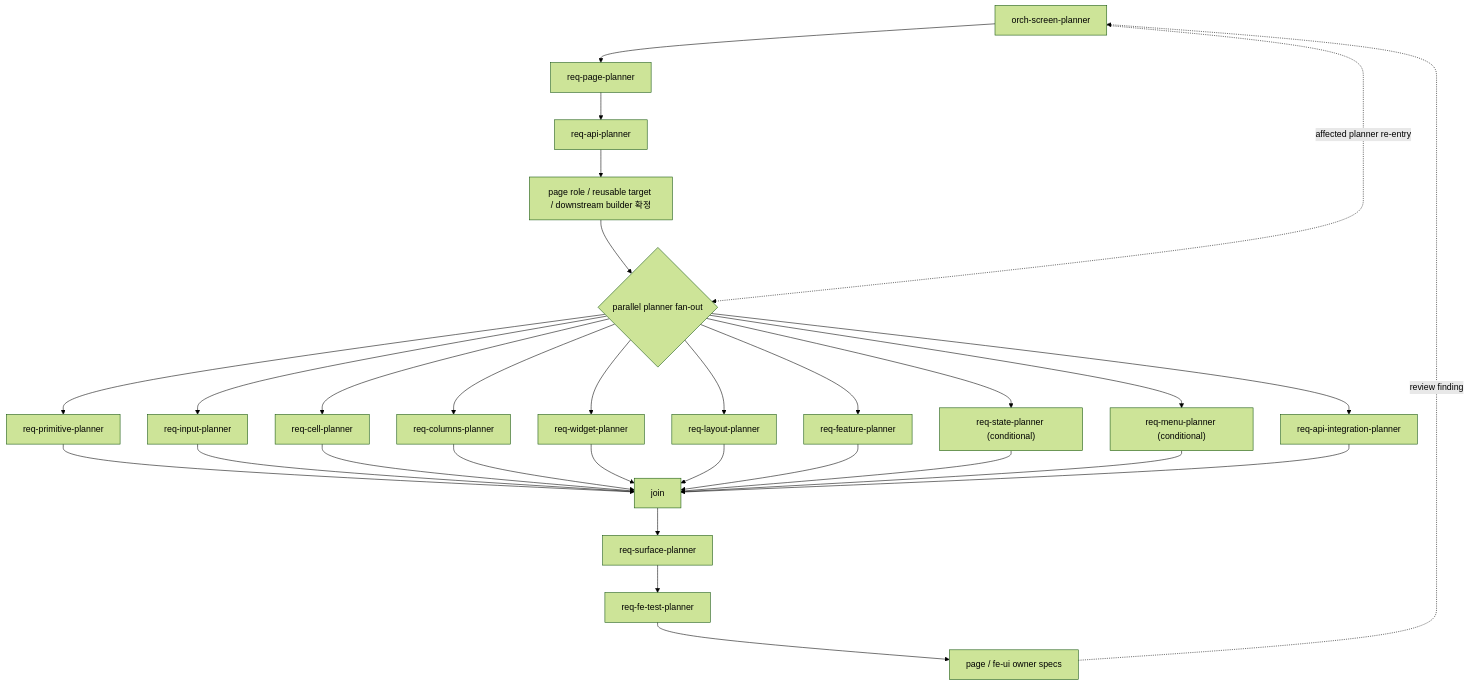
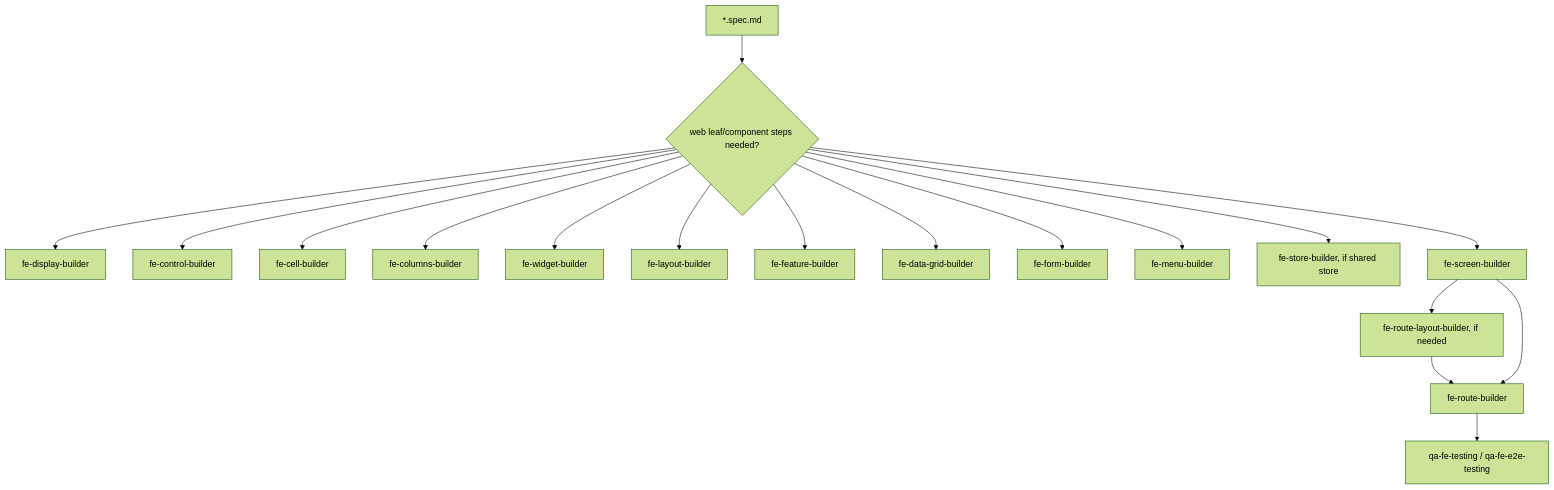
One commit to kimjoongwon/prj-core changed the fourth of 5 diagrams in docs/orchestration-agent-relationship-flow.md. Above: the diagram before and after it, drawn with Mermaid (forest theme). The commit also changed other lines of this file and 687 other files, not shown here.

````diff
--- a/docs/orchestration-agent-relationship-flow.md
+++ b/docs/orchestration-agent-relationship-flow.md
@@ -369,35 +168,20 @@
 ```mermaid
 flowchart TD
-  OSP["orch-screen-planner"] --> RPP["req-page-planner"]
-  RPP --> RAP["req-api-planner"]
-  RAP --> CLASSIFY["page role / reusable target / downstream builder 확정"]
-  CLASSIFY --> F{"parallel planner fan-out"}
-
-  F --> RPR["req-primitive-planner"]
-  F --> RIN["req-input-planner"]
-  F --> RCE["req-cell-planner"]
-  F --> RCO["req-columns-planner"]
-  F --> RWI["req-widget-planner"]
-  F --> RLA["req-layout-planner"]
-  F --> RFE["req-feature-planner"]
-  F --> RST["req-state-planner (conditional)"]
-  F --> RME["req-menu-planner (conditional)"]
-  F --> RAI["req-api-integration-planner"]
-
-  RPR --> J["join"]
-  RIN --> J
-  RCE --> J
-  RCO --> J
-  RWI --> J
-  RLA --> J
-  RFE --> J
-  RST --> J
-  RME --> J
-  RAI --> J
-
-  J --> RSU["req-surface-planner"]
-  RSU --> RFT["req-fe-test-planner"]
-  RFT --> SPEC["page / fe-ui owner specs"]
-  SPEC -. review finding .-> OSP
-  OSP -. affected planner re-entry .-> F
+  Spec["*.spec.md"] --> Leaf{"web leaf/component steps needed?"}
+  Leaf --> Display["fe-display-builder"]
+  Leaf --> Control["fe-control-builder"]
+  Leaf --> Cell["fe-cell-builder"]
+  Leaf --> Columns["fe-columns-builder"]
+  Leaf --> Widget["fe-widget-builder"]
+  Leaf --> Layout["fe-layout-builder"]
+  Leaf --> Feature["fe-feature-builder"]
+  Leaf --> DataGrid["fe-data-grid-builder"]
+  Leaf --> Form["fe-form-builder"]
+  Leaf --> Menu["fe-menu-builder"]
+  Leaf --> Store["fe-store-builder, if shared store"]
+  Leaf --> Page["fe-screen-builder"]
+  Page --> RouteLayout["fe-route-layout-builder, if needed"]
+  RouteLayout --> Route["fe-route-builder"]
+  Page --> Route
+  Route --> QA["qa-fe-testing / qa-fe-e2e-testing"]
 ```
````
